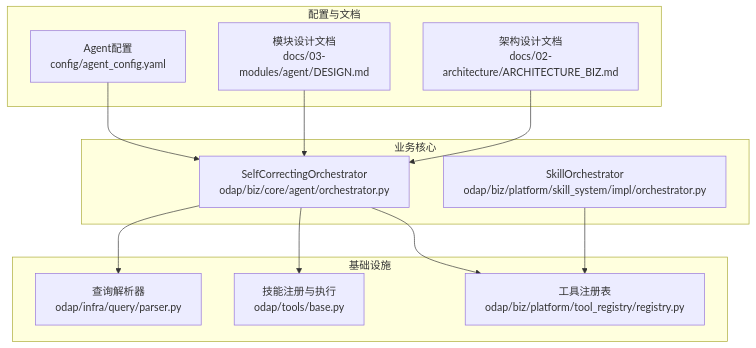
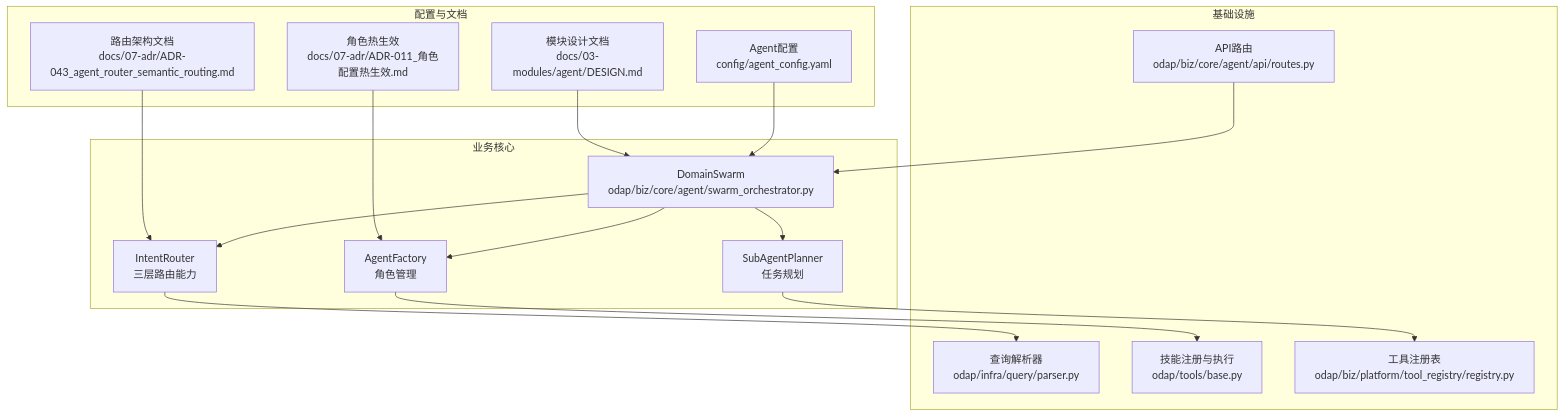
Before and after one commit to inier/ontology-graphiti: the first of 8 diagrams in .qoder/repowiki/zh/content/项目概述/核心特性/多智能体协同系统/智能体编排器.md, drawn with Mermaid. The commit also changed other lines of this file and 64 other files, not shown here.

````diff
--- a/.qoder/repowiki/zh/content/项目概述/核心特性/多智能体协同系统/智能体编排器.md
+++ b/.qoder/repowiki/zh/content/项目概述/核心特性/多智能体协同系统/智能体编排器.md
@@ -42,24 +58,32 @@
 ```mermaid
 graph TB
 subgraph "业务核心"
-A["SelfCorrectingOrchestrator<br/>odap/biz/core/agent/orchestrator.py"]
-B["SkillOrchestrator<br/>odap/biz/platform/skill_system/impl/orchestrator.py"]
+A["DomainSwarm<br/>odap/biz/core/agent/swarm_orchestrator.py"]
+B["IntentRouter<br/>三层路由能力"]
+C["AgentFactory<br/>角色管理"]
+D["SubAgentPlanner<br/>任务规划"]
 end
 subgraph "基础设施"
-C["查询解析器<br/>odap/infra/query/parser.py"]
-D["技能注册与执行<br/>odap/tools/base.py"]
-E["工具注册表<br/>odap/biz/platform/tool_registry/registry.py"]
+E["查询解析器<br/>odap/infra/query/parser.py"]
+F["技能注册与执行<br/>odap/tools/base.py"]
+G["工具注册表<br/>odap/biz/platform/tool_registry/registry.py"]
+H["API路由<br/>odap/biz/core/agent/api/routes.py"]
 end
 subgraph "配置与文档"
-F["Agent配置<br/>config/agent_config.yaml"]
-G["模块设计文档<br/>docs/03-modules/agent/DESIGN.md"]
-H["架构设计文档<br/>docs/02-architecture/ARCHITECTURE_BIZ.md"]
+I["Agent配置<br/>config/agent_config.yaml"]
+J["路由架构文档<br/>docs/07-adr/ADR-043_agent_router_semantic_routing.md"]
+K["角色热生效<br/>docs/07-adr/ADR-011_角色配置热生效.md"]
+L["模块设计文档<br/>docs/03-modules/agent/DESIGN.md"]
 end
+A --> B
 A --> C
 A --> D
-A --> E
 B --> E
-F --> A
-G --> A
+C --> F
+D --> G
 H --> A
+I --> A
+J --> B
+K --> C
+L --> A
 ```
````
